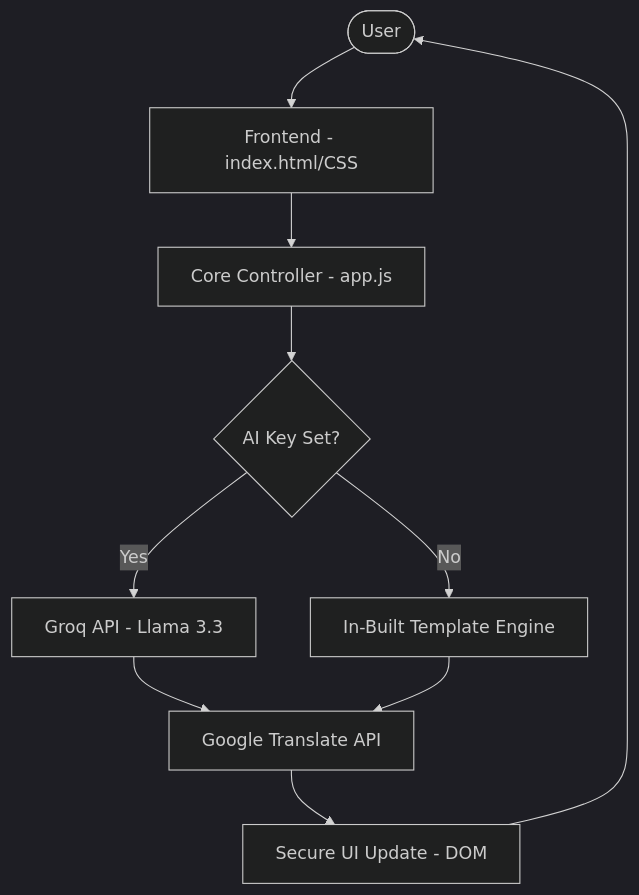
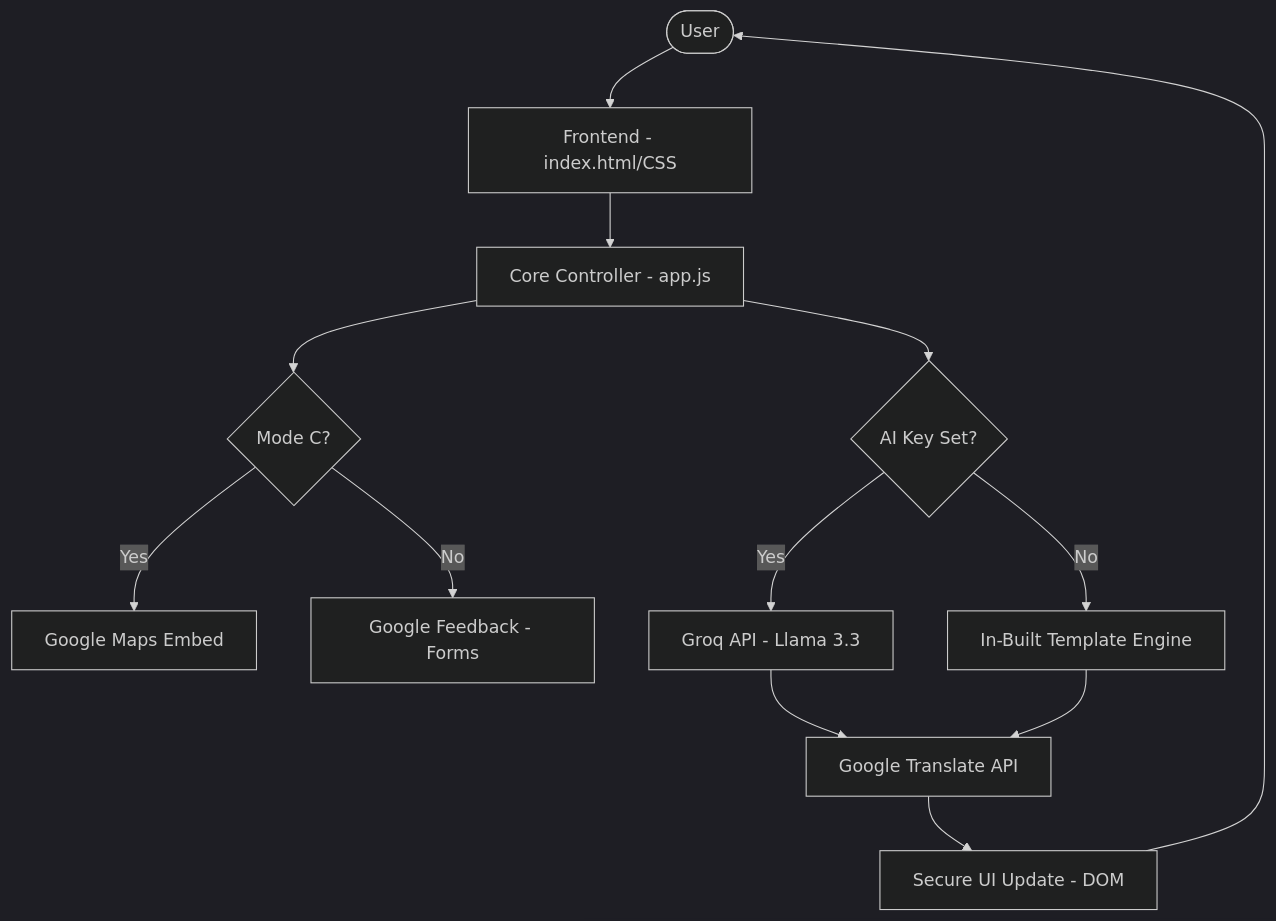
The first of 2 diagrams in ARCHITECTURE.md (KGFCH2/CiviQ-AI), drawn with Mermaid (dark theme) before and after one commit. The commit also changed other lines of this file, not shown here.

Commit message:
Update technical docs with new container hardening security features

````diff
--- a/ARCHITECTURE.md
+++ b/ARCHITECTURE.md
@@ -11,15 +11,19 @@
 ```mermaid
 graph TD
     User([User]) --> UI[Frontend - index.html/CSS]
     UI --> Logic[Core Controller - app.js]
     Logic --> AI_Check{AI Key Set?}
+    
+    Logic --> GS_Active{Mode C?}
+    GS_Active -- Yes --> G_Maps[Google Maps Embed]
+    GS_Active -- No --> G_Forms[Google Feedback - Forms]
     
     AI_Check -- Yes --> GroqAPI[Groq API - Llama 3.3]
     AI_Check -- No --> Templates[In-Built Template Engine]
     
     GroqAPI --> Trans[Google Translate API]
     Templates --> Trans
     
     Trans --> UI_Update[Secure UI Update - DOM]
     UI_Update --> User
 ```
````
